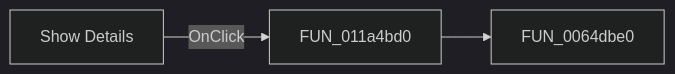
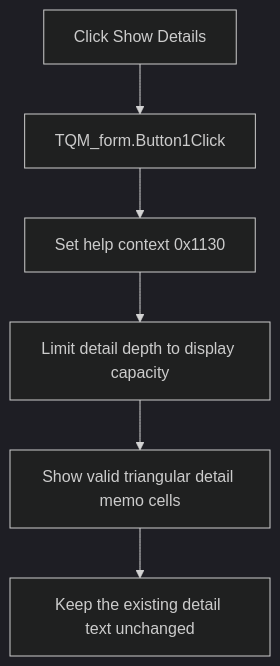
The diagram in docs/ui-controls/qm-form/btnshowres-506d21a54b.md (MovGP0/TIARA), drawn with Mermaid (dark theme) before and after one commit. The commit also changed other lines of this file and 1062 other files, not shown here.

````diff
--- a/docs/ui-controls/qm-form/btnshowres-506d21a54b.md
+++ b/docs/ui-controls/qm-form/btnshowres-506d21a54b.md
@@ -27,5 +29,8 @@
 ```mermaid
-flowchart LR
-    control["Show Details"] -->|OnClick| handler["FUN_011a4bd0"]
-    handler --> call1["FUN_0064dbe0"]
+flowchart TD
+    control["Click Show Details"] --> handler["TQM_form.Button1Click"]
+    handler --> context["Set help context 0x1130"]
+    context --> depth["Limit detail depth to display capacity"]
+    depth --> reveal["Show valid triangular detail memo cells"]
+    reveal --> unchanged["Keep the existing detail text unchanged"]
 ```
````
